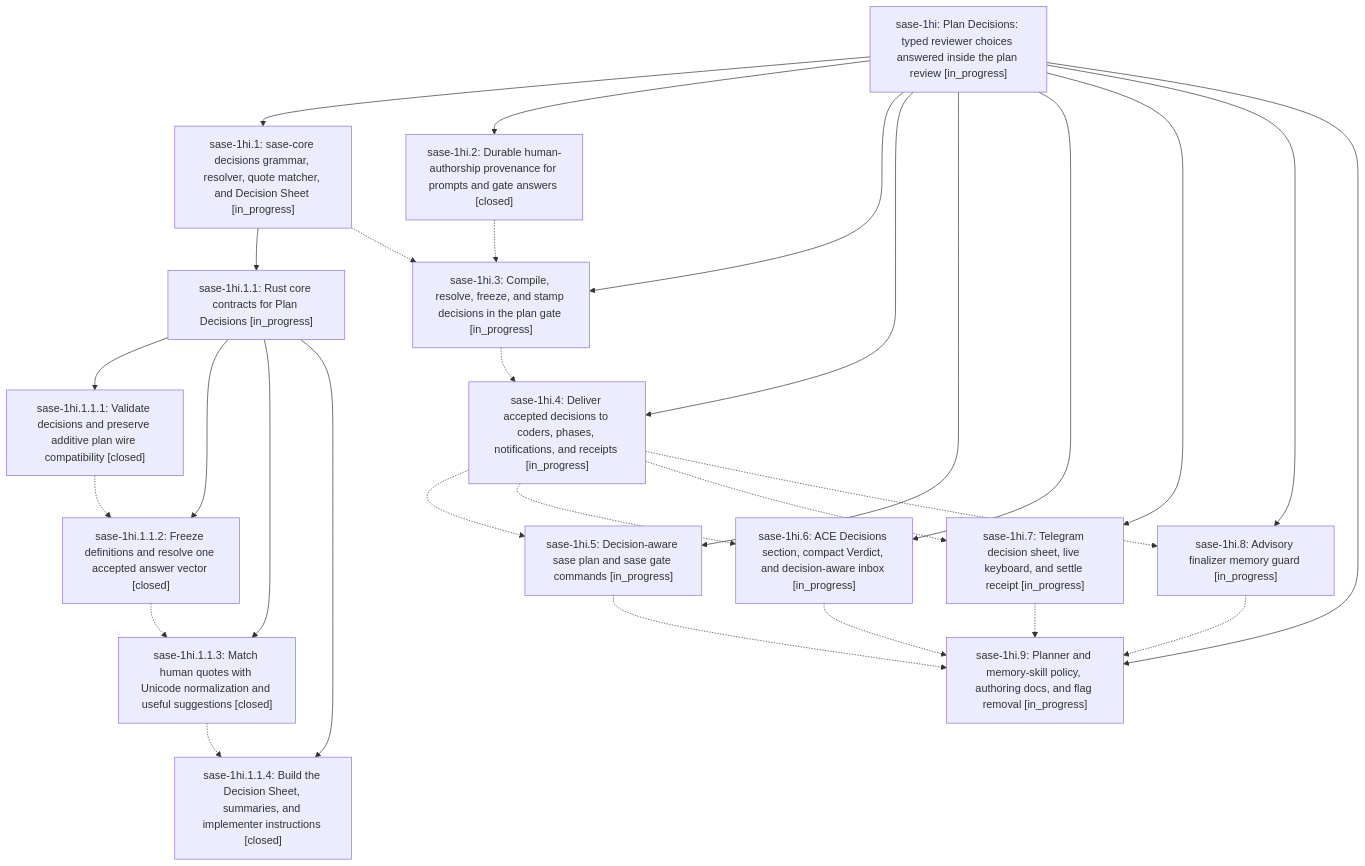
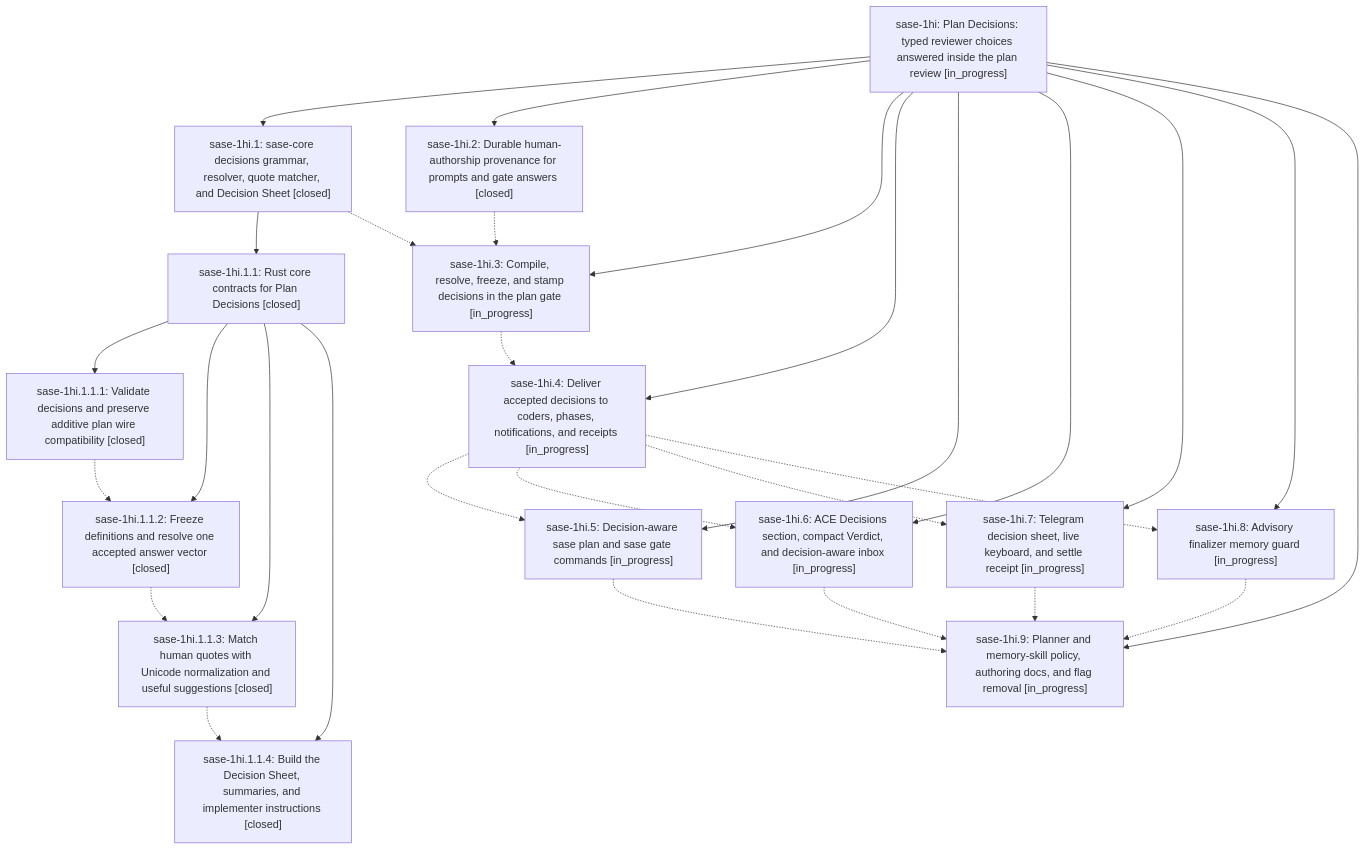
Before and after one commit to sase-org/sase--beads: the diagram in pages/sase-1hi/README.md, drawn with Mermaid. The commit also changed other lines of this file and 4 other files, not shown here.

````diff
--- a/pages/sase-1hi/README.md
+++ b/pages/sase-1hi/README.md
@@ -42,46 +46,46 @@
 ```mermaid
 flowchart TD
     n0["sase-1hi: Plan Decisions: typed reviewer choices answered inside the plan review [in_progress]"]
-    n1["sase-1hi.1: sase-core decisions grammar, resolver, quote matcher, and Decision Sheet [in_progress]"]
-    n2["sase-1hi.1.1: Rust core contracts for Plan Decisions [in_progress]"]
+    n1["sase-1hi.1: sase-core decisions grammar, resolver, quote matcher, and Decision Sheet [closed]"]
+    n2["sase-1hi.1.1: Rust core contracts for Plan Decisions [closed]"]
     n3["sase-1hi.1.1.1: Validate decisions and preserve additive plan wire compatibility [closed]"]
     n4["sase-1hi.1.1.2: Freeze definitions and resolve one accepted answer vector [closed]"]
     n5["sase-1hi.1.1.3: Match human quotes with Unicode normalization and useful suggestions [closed]"]
     n6["sase-1hi.1.1.4: Build the Decision Sheet, summaries, and implementer instructions [closed]"]
     n7["sase-1hi.2: Durable human-authorship provenance for prompts and gate answers [closed]"]
     n8["sase-1hi.3: Compile, resolve, freeze, and stamp decisions in the plan gate [in_progress]"]
     n9["sase-1hi.4: Deliver accepted decisions to coders, phases, notifications, and receipts [in_progress]"]
     n10["sase-1hi.5: Decision-aware sase plan and sase gate commands [in_progress]"]
     n11["sase-1hi.6: ACE Decisions section, compact Verdict, and decision-aware inbox [in_progress]"]
     n12["sase-1hi.7: Telegram decision sheet, live keyboard, and settle receipt [in_progress]"]
     n13["sase-1hi.8: Advisory finalizer memory guard [in_progress]"]
     n14["sase-1hi.9: Planner and memory-skill policy, authoring docs, and flag removal [in_progress]"]
     n0 --> n1
     n1 --> n2
     n2 --> n3
     n2 --> n4
     n2 --> n5
     n2 --> n6
     n0 --> n7
     n0 --> n8
     n0 --> n9
     n0 --> n10
     n0 --> n11
     n0 --> n12
     n0 --> n13
     n0 --> n14
     n1 -.-> n8
     n3 -.-> n4
     n4 -.-> n5
     n5 -.-> n6
     n7 -.-> n8
     n8 -.-> n9
     n9 -.-> n10
     n9 -.-> n11
     n9 -.-> n12
     n9 -.-> n13
     n10 -.-> n14
     n11 -.-> n14
     n12 -.-> n14
     n13 -.-> n14
 ```
````
